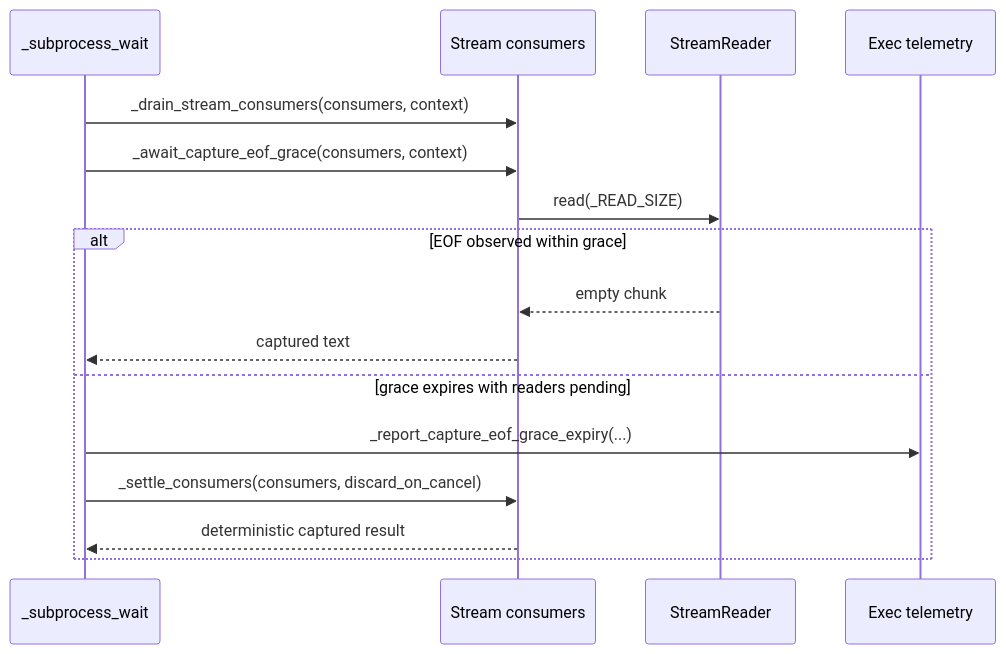
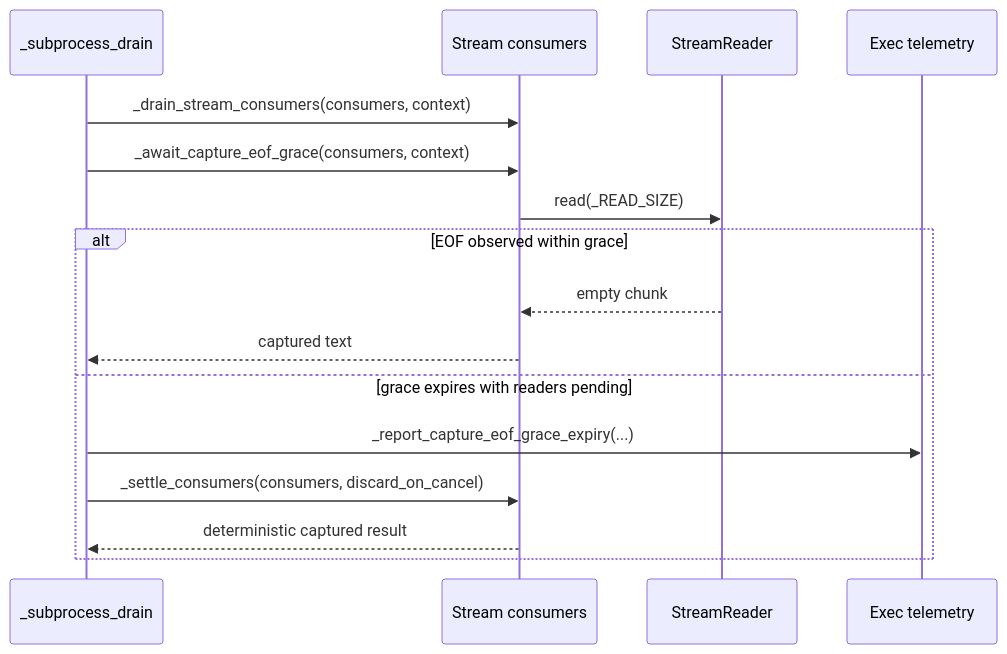
Before and after one commit to leynos/cuprum: the eighth of 19 diagrams in docs/cuprum-design.md, drawn with Mermaid. The commit also changed other lines of this file and 8 other files, not shown here.

````diff
--- a/docs/cuprum-design.md
+++ b/docs/cuprum-design.md
@@ -1776,19 +1777,19 @@
 ```mermaid
 sequenceDiagram
-    participant Wait as _subprocess_wait
+    participant Wait as _subprocess_drain
     participant Consumers as Stream consumers
     participant Reader as StreamReader
     participant Telemetry as Exec telemetry
 
     Wait->>Consumers: _drain_stream_consumers(consumers, context)
     Wait->>Consumers: _await_capture_eof_grace(consumers, context)
     Consumers->>Reader: read(_READ_SIZE)
     alt EOF observed within grace
         Reader-->>Consumers: empty chunk
         Consumers-->>Wait: captured text
     else grace expires with readers pending
         Wait->>Telemetry: _report_capture_eof_grace_expiry(...)
         Wait->>Consumers: _settle_consumers(consumers, discard_on_cancel)
         Consumers-->>Wait: deterministic captured result
     end
 ```
````
